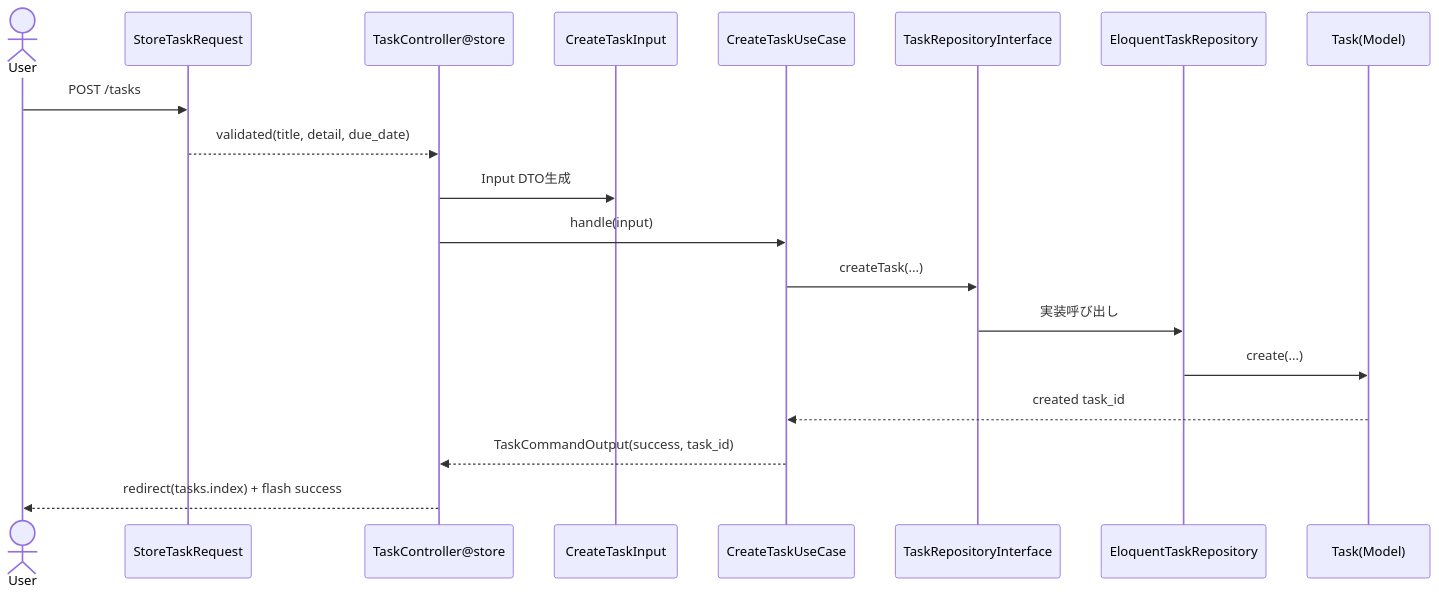
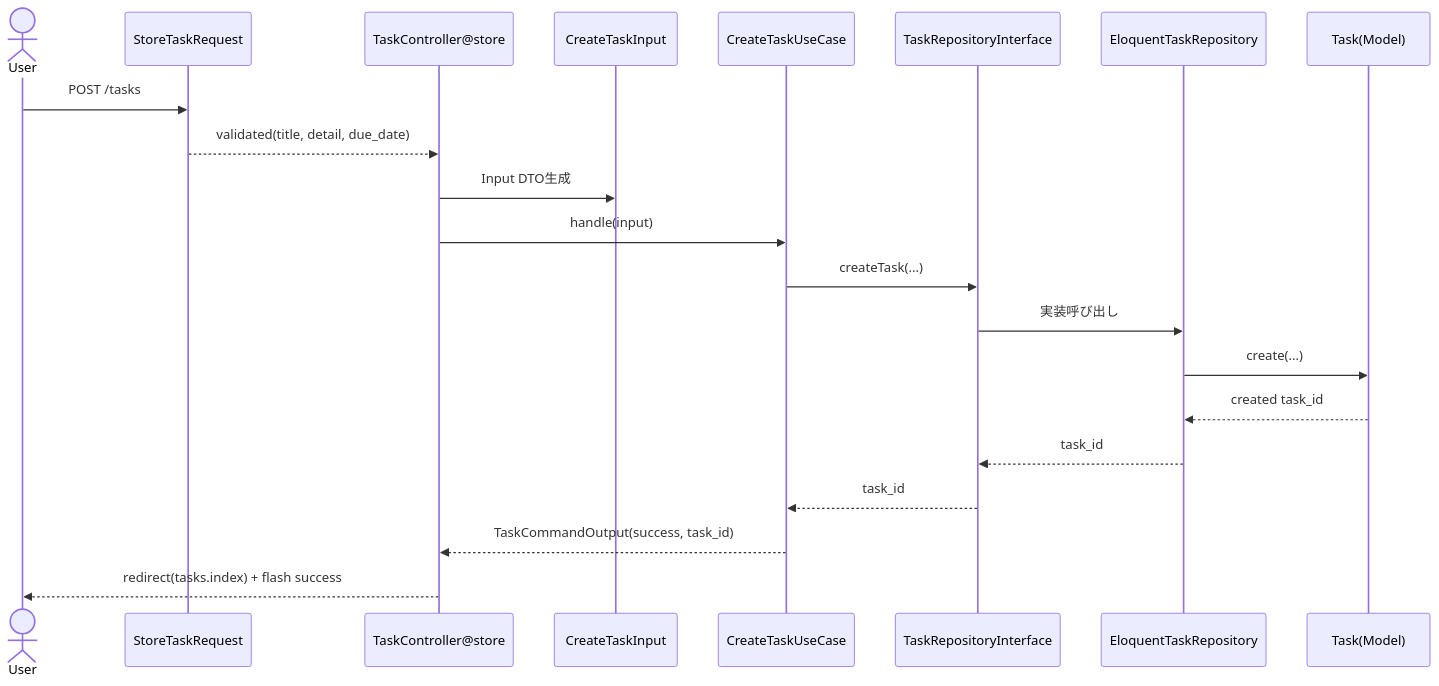
The third of 5 diagrams in docs/task-usecase-data-flow.md (pasgroup/laravel-playground), drawn with Mermaid before and after one commit. The commit also changed other lines of this file and 6 other files, not shown here.

````diff
--- a/docs/task-usecase-data-flow.md
+++ b/docs/task-usecase-data-flow.md
@@ -64,22 +67,24 @@
 ```mermaid
 sequenceDiagram
     actor U as User
     participant Req as StoreTaskRequest
     participant C as TaskController@store
     participant D as CreateTaskInput
     participant CU as CreateTaskUseCase
     participant Repo as TaskRepositoryInterface
     participant ER as EloquentTaskRepository
     participant T as Task(Model)
 
     U->>Req: POST /tasks
     Req-->>C: validated(title, detail, due_date)
     C->>D: Input DTO生成
     C->>CU: handle(input)
     CU->>Repo: createTask(...)
     Repo->>ER: 実装呼び出し
     ER->>T: create(...)
-    T-->>CU: created task_id
+    T-->>ER: created task_id
+    ER-->>Repo: task_id
+    Repo-->>CU: task_id
     CU-->>C: TaskCommandOutput(success, task_id)
     C-->>U: redirect(tasks.index) + flash success
 ```
````
